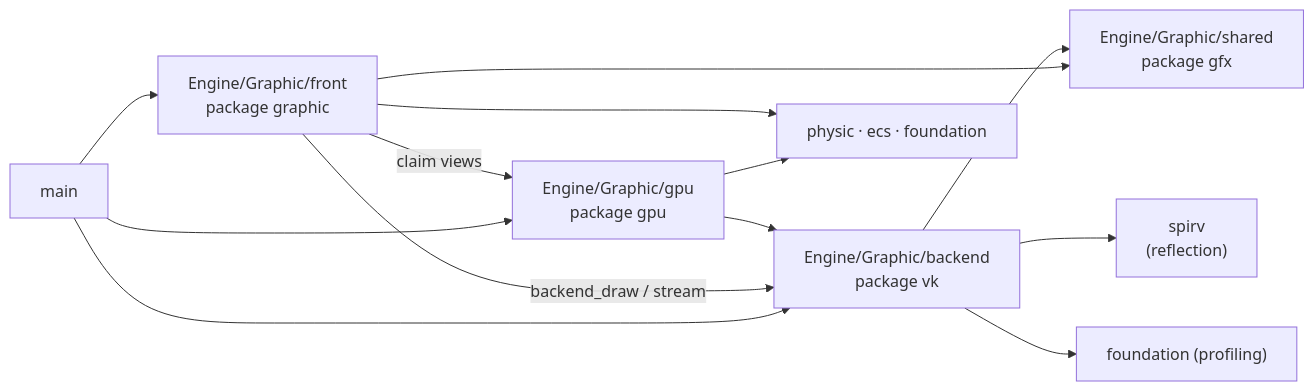
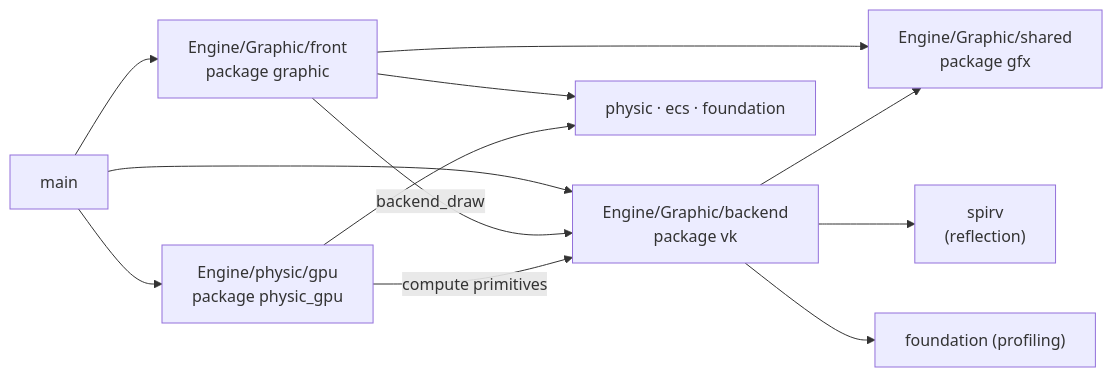
Before and after one commit to TanukiConDos/Gravity-Simulator: the first of 5 diagrams in docs/renderer.md, drawn with Mermaid. The commit also changed other lines of this file and 5 other files, not shown here.

First line of the commit message:
docs: physics owns the GPU solver; the front holds an opaque stream handle

````diff
--- a/docs/renderer.md
+++ b/docs/renderer.md
@@ -22,15 +24,14 @@
 ```mermaid
 flowchart LR
     main["main"] --> front["Engine/Graphic/front<br/>package graphic"]
     main --> backend["Engine/Graphic/backend<br/>package vk"]
-    main --> gpu["Engine/Graphic/gpu<br/>package gpu"]
-    front -->|"backend_draw / stream"| backend
-    front -->|"claim views"| gpu
+    main --> pgpu["Engine/physic/gpu<br/>package physic_gpu"]
+    front -->|"backend_draw"| backend
     front --> shared["Engine/Graphic/shared<br/>package gfx"]
-    gpu --> backend
-    gpu --> eng["physic · ecs · foundation"]
+    pgpu -->|"compute primitives"| backend
+    front --> eng["physic · ecs · foundation"]
+    pgpu --> eng
     backend --> shared
     backend --> spirv["spirv<br/>(reflection)"]
     backend --> foundation["foundation (profiling)"]
-    front --> eng
 ```
````
